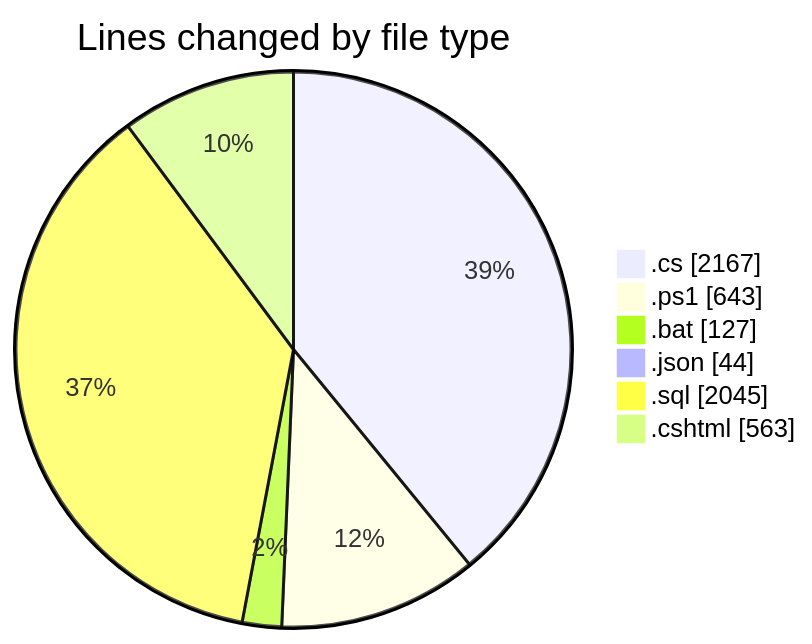
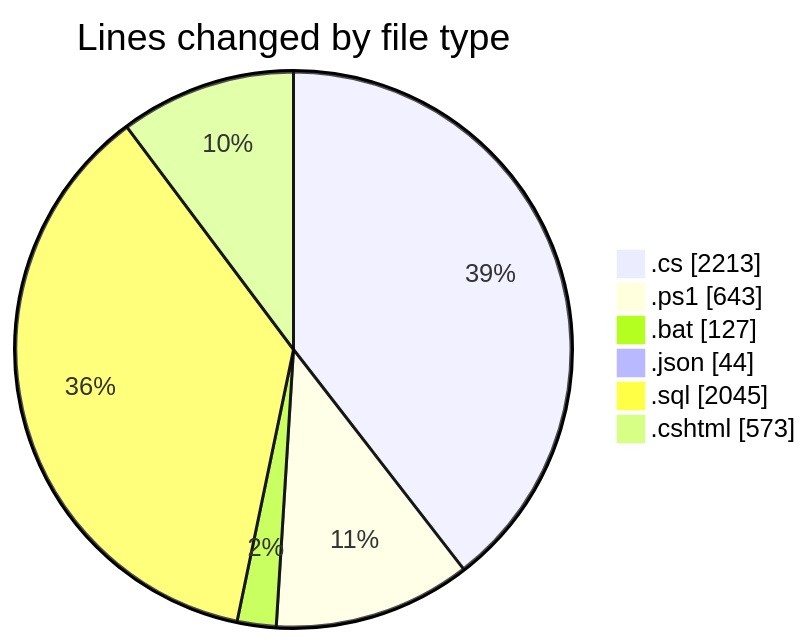
The first of 2 diagrams in 2025-07-28/quanlyrapchieuphim-2/README.md (lephambinh05/code-tracking), drawn with Mermaid before and after one commit. The commit also changed other lines of this file and 1 other file, not shown here.

````diff
--- a/2025-07-28/quanlyrapchieuphim-2/README.md
+++ b/2025-07-28/quanlyrapchieuphim-2/README.md
@@ -46,10 +46,10 @@
 ```mermaid
 pie showData
 title Lines changed by file type
-".cs" : 2167
+".cs" : 2213
 ".ps1" : 643
 ".bat" : 127
 ".json" : 44
 ".sql" : 2045
-".cshtml" : 563
+".cshtml" : 573
 ```
````
